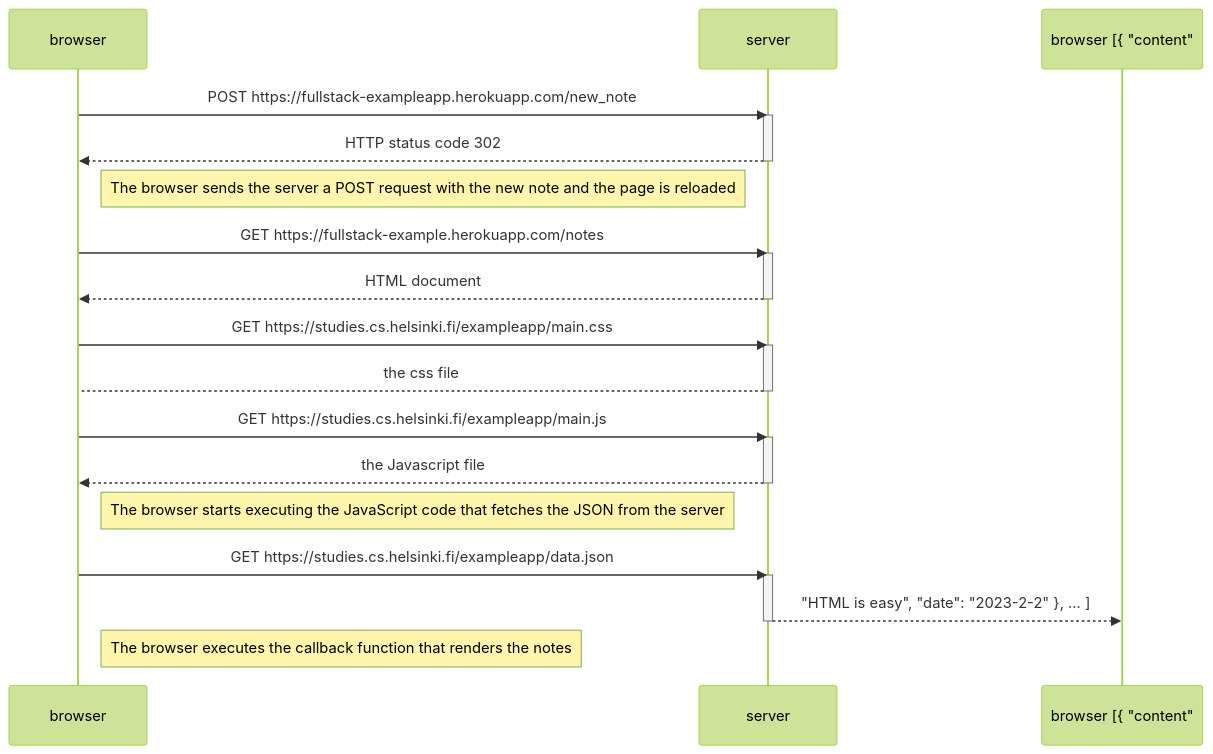
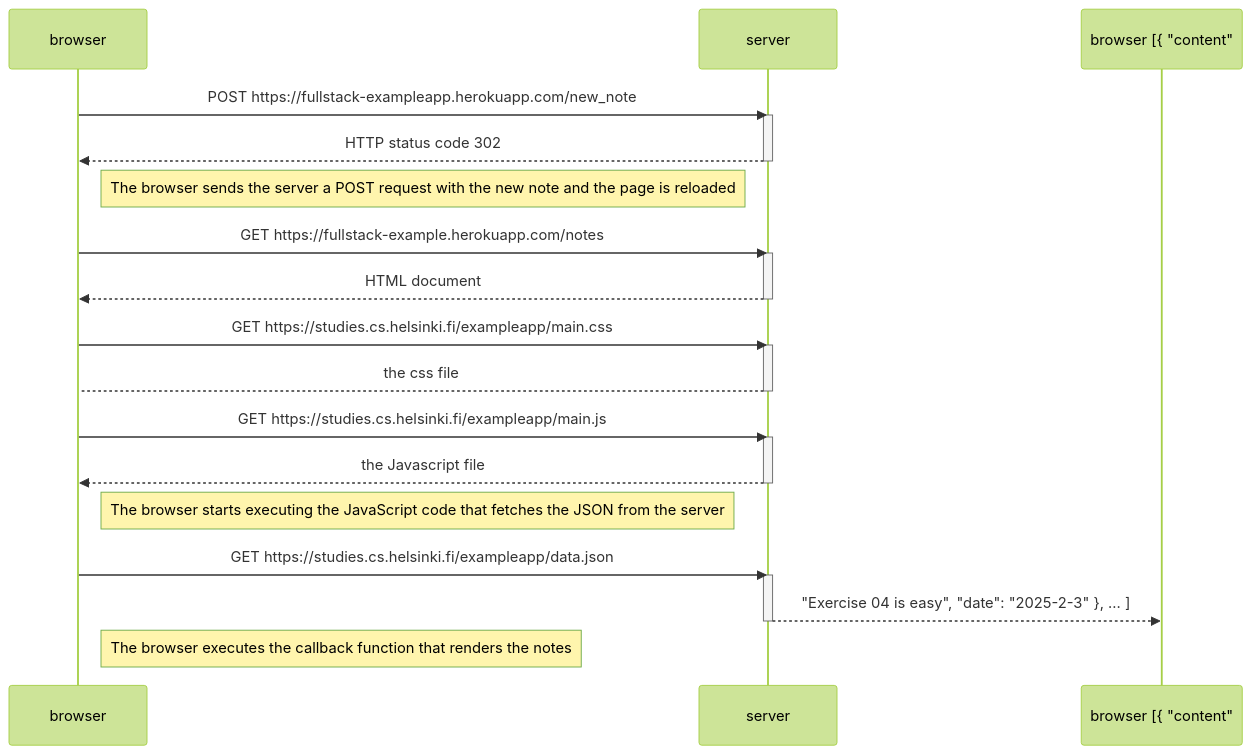
Before and after one commit to maryelizhall/fullstackwebdev: the diagram in part0/exercise04.md, drawn with Mermaid (forest theme).

Commit message:
final ex04

````diff
--- a/part0/exercise04.md
+++ b/part0/exercise04.md
@@ -3,36 +3,36 @@
 ```mermaid
 sequenceDiagram
     participant browser
     participant server
 
     browser->>server: POST https://fullstack-exampleapp.herokuapp.com/new_note
     activate server
     server-->>browser: HTTP status code 302
     deactivate server
 
     Note right of browser: The browser sends the server a POST request with the new note and the page is reloaded
 
     browser->>server: GET https://fullstack-example.herokuapp.com/notes
     activate server
     server-->>browser: HTML document
     deactivate server
 
     browser->>server: GET https://studies.cs.helsinki.fi/exampleapp/main.css
     activate server
     server-->browser: the css file
     deactivate server
 
     browser->>server: GET https://studies.cs.helsinki.fi/exampleapp/main.js
     activate server
     server-->>browser: the Javascript file
     deactivate server
 
     Note right of browser: The browser starts executing the JavaScript code that fetches the JSON from the server
 
     browser->>server: GET https://studies.cs.helsinki.fi/exampleapp/data.json
     activate server
-    server-->>browser [{ "content": "HTML is easy", "date": "2023-2-2" }, ... ]
+    server-->>browser [{ "content": "Exercise 04 is easy", "date": "2025-2-3" }, ... ]
     deactivate server
 
     Note right of browser: The browser executes the callback function that renders the notes
 ```
````
